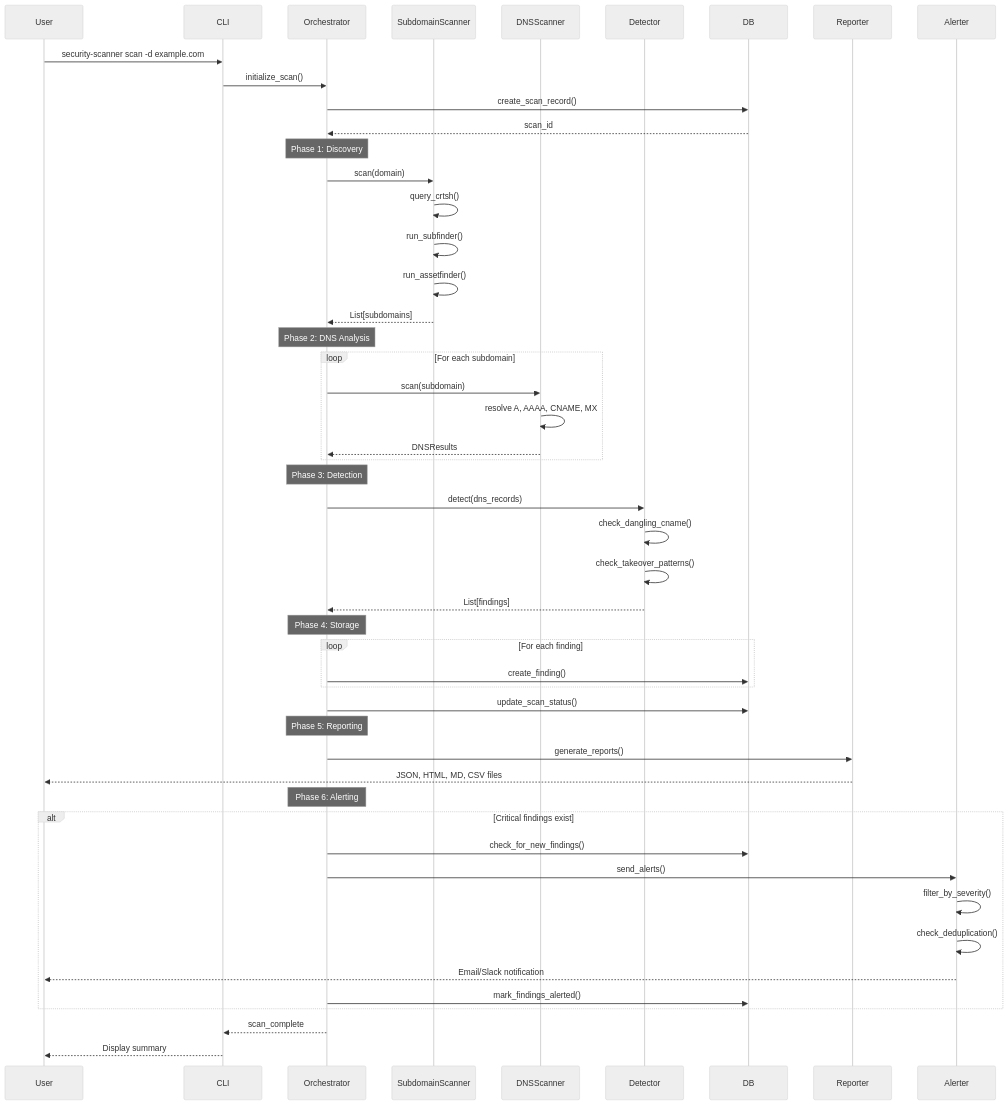
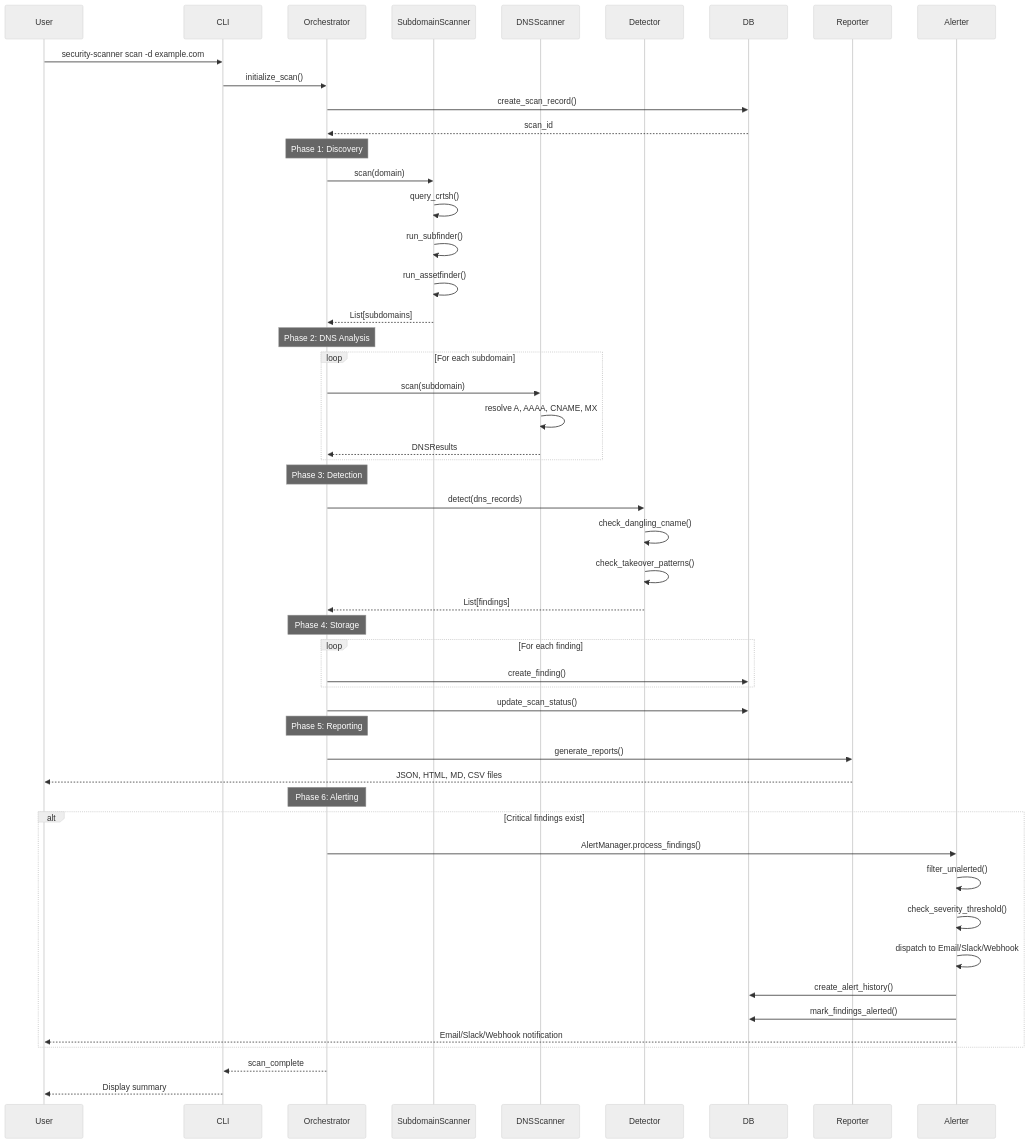
One commit to Ap6pack/security_monitoring changed the third of 12 diagrams in docs/ARCHITECTURE.md. Above: the diagram before and after it, drawn with Mermaid (neutral theme). The commit also changed other lines of this file and 2 other files, not shown here.

````diff
--- a/docs/ARCHITECTURE.md
+++ b/docs/ARCHITECTURE.md
@@ -162,61 +168,62 @@
 ```mermaid
 sequenceDiagram
     participant User
     participant CLI
     participant Orchestrator
     participant SubdomainScanner
     participant DNSScanner
     participant Detector
     participant DB
     participant Reporter
     participant Alerter
 
     User->>CLI: security-scanner scan -d example.com
     CLI->>Orchestrator: initialize_scan()
     Orchestrator->>DB: create_scan_record()
     DB-->>Orchestrator: scan_id
 
     Note over Orchestrator: Phase 1: Discovery
     Orchestrator->>SubdomainScanner: scan(domain)
     SubdomainScanner->>SubdomainScanner: query_crtsh()
     SubdomainScanner->>SubdomainScanner: run_subfinder()
     SubdomainScanner->>SubdomainScanner: run_assetfinder()
     SubdomainScanner-->>Orchestrator: List[subdomains]
 
     Note over Orchestrator: Phase 2: DNS Analysis
     loop For each subdomain
         Orchestrator->>DNSScanner: scan(subdomain)
         DNSScanner->>DNSScanner: resolve A, AAAA, CNAME, MX
         DNSScanner-->>Orchestrator: DNSResults
     end
 
     Note over Orchestrator: Phase 3: Detection
     Orchestrator->>Detector: detect(dns_records)
     Detector->>Detector: check_dangling_cname()
     Detector->>Detector: check_takeover_patterns()
     Detector-->>Orchestrator: List[findings]
 
     Note over Orchestrator: Phase 4: Storage
     loop For each finding
         Orchestrator->>DB: create_finding()
     end
 
     Orchestrator->>DB: update_scan_status()
 
     Note over Orchestrator: Phase 5: Reporting
     Orchestrator->>Reporter: generate_reports()
     Reporter-->>User: JSON, HTML, MD, CSV files
 
     Note over Orchestrator: Phase 6: Alerting
     alt Critical findings exist
-        Orchestrator->>DB: check_for_new_findings()
-        Orchestrator->>Alerter: send_alerts()
-        Alerter->>Alerter: filter_by_severity()
-        Alerter->>Alerter: check_deduplication()
-        Alerter-->>User: Email/Slack notification
-        Orchestrator->>DB: mark_findings_alerted()
+        Orchestrator->>Alerter: AlertManager.process_findings()
+        Alerter->>Alerter: filter_unalerted()
+        Alerter->>Alerter: check_severity_threshold()
+        Alerter->>Alerter: dispatch to Email/Slack/Webhook
+        Alerter->>DB: create_alert_history()
+        Alerter->>DB: mark_findings_alerted()
+        Alerter-->>User: Email/Slack/Webhook notification
     end
 
     Orchestrator-->>CLI: scan_complete
     CLI-->>User: Display summary
 ```
````
